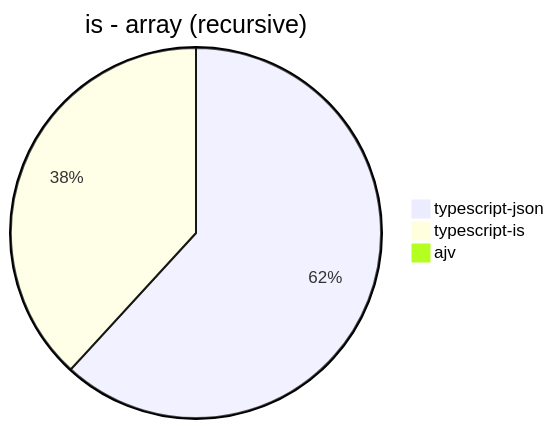
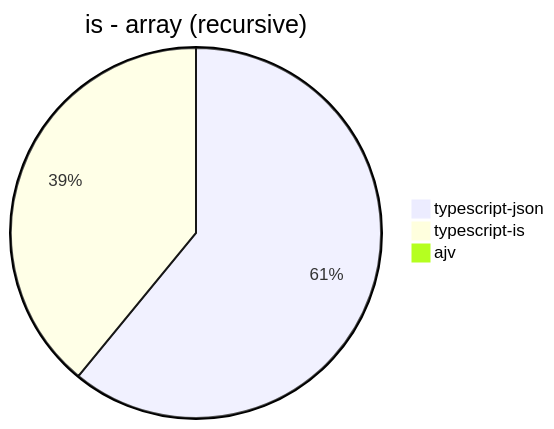
Diagram 11 of 30 in benchmark/results/AMD Ryzen 7 5800H with Radeon Graphics         .md (samchon/typia), drawn with Mermaid before and after one commit. The commit also changed other lines of this file, not shown here.

````diff
--- a/benchmark/results/AMD Ryzen 7 5800H with Radeon Graphics         .md
+++ b/benchmark/results/AMD Ryzen 7 5800H with Radeon Graphics         .md
@@ -108,6 +108,6 @@
 ```mermaid
 pie title is - array (recursive)
-  "typescript-json": 7390.942028985508
-  "typescript-is": 4564.80117820324
+  "typescript-json": 6483.693660681568
+  "typescript-is": 4154.285714285715
   "ajv": 0
 ```
````
